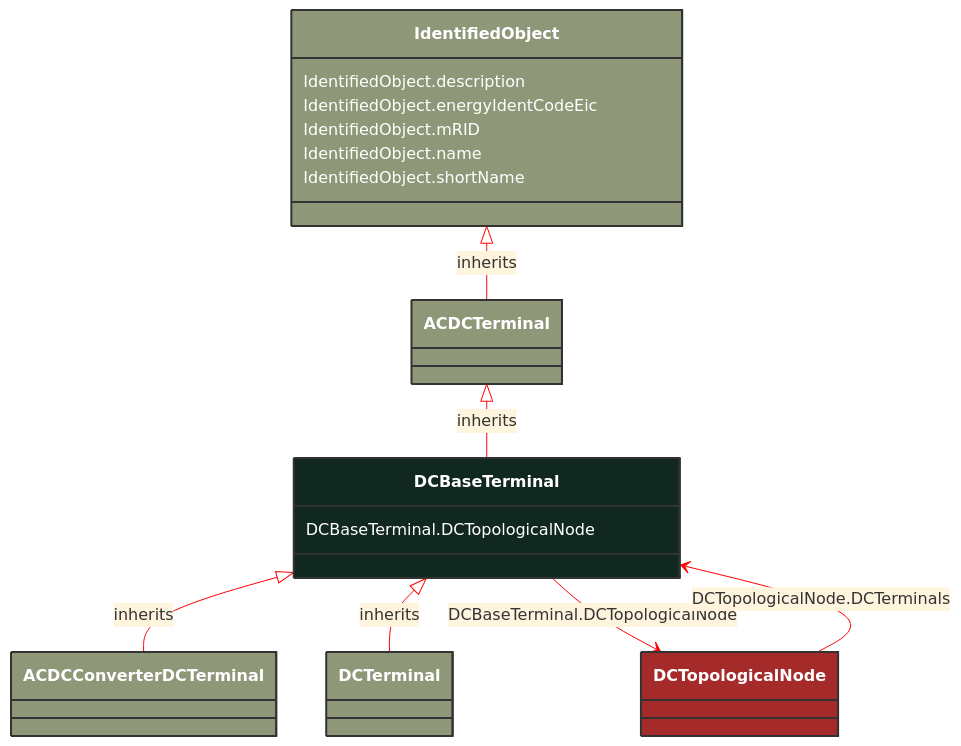
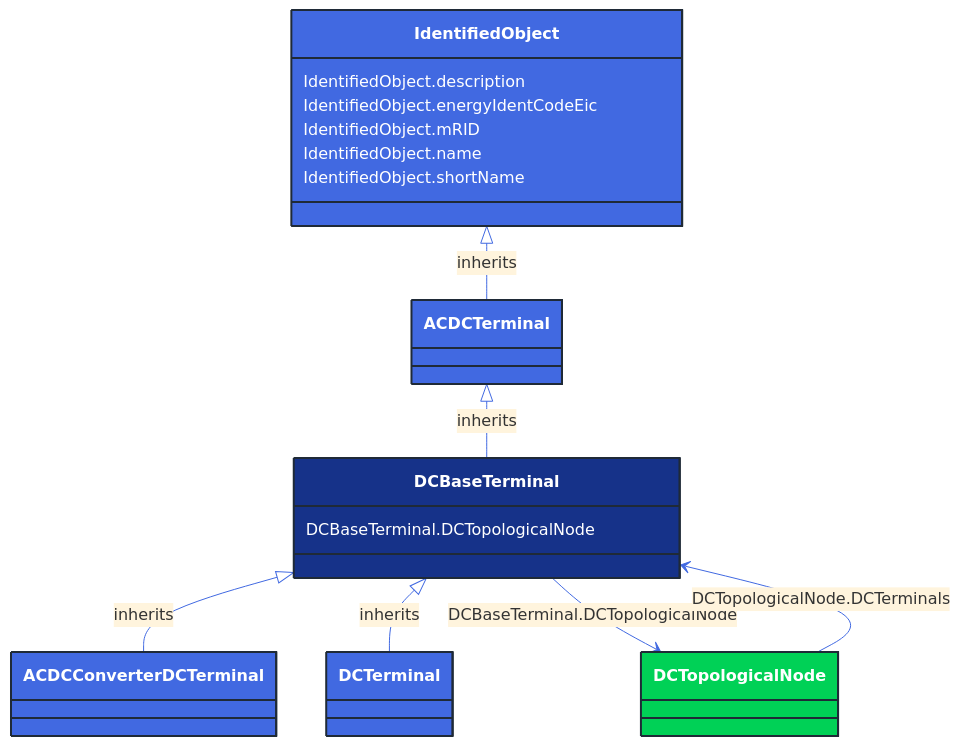
Before and after one commit to 3lbits/NoCIMExtensions: the diagram in docs/Models/Profiles/Topology/AbstractClasses/DCBaseTerminal.md, drawn with Mermaid. The commit also changed 362 other files, not shown here.

First line of the commit message:
Update diagrams and styles for improved visual consistency

````diff
--- a/docs/Models/Profiles/Topology/AbstractClasses/DCBaseTerminal.md
+++ b/docs/Models/Profiles/Topology/AbstractClasses/DCBaseTerminal.md
@@ -10,47 +10,47 @@
 ```mermaid
-%%{init: {'theme':'base','themeVariables': {'lineColor': '#FF0000'}}}%%
+%%{init: {'theme':'base','themeVariables': {'lineColor': '#4169E1'}}}%%
 classDiagram
     class DCBaseTerminal
     click DCBaseTerminal href "/Models/Profiles/Topology/AbstractClasses/DCBaseTerminal/"
-    style DCBaseTerminal fill:#102820,stroke:#333,stroke-width:2px,rx:10,ry:10,color:white
+    style DCBaseTerminal fill:#163289,stroke:#1F2A37,stroke-width:2px,rx:10,ry:10,color:white
 
         DCBaseTerminal <|-- ACDCConverterDCTerminal : inherits
 
         ACDCConverterDCTerminal
             click ACDCConverterDCTerminal href "/Models/Profiles/Topology/ConcreteClasses/ACDCConverterDCTerminal/"
-            style ACDCConverterDCTerminal fill:#8F9779,stroke:#333,stroke-width:2px,rx:10,ry:10,color:white
+            style ACDCConverterDCTerminal fill:#4169E1,stroke:#1F2A37,stroke-width:2px,rx:10,ry:10,color:white
 
         DCBaseTerminal <|-- DCTerminal : inherits
 
         DCTerminal
             click DCTerminal href "/Models/Profiles/Topology/ConcreteClasses/DCTerminal/"
-            style DCTerminal fill:#8F9779,stroke:#333,stroke-width:2px,rx:10,ry:10,color:white
+            style DCTerminal fill:#4169E1,stroke:#1F2A37,stroke-width:2px,rx:10,ry:10,color:white
      
         ACDCTerminal <|-- DCBaseTerminal : inherits
             click ACDCTerminal href "/Models/Profiles/Topology/AbstractClasses/ACDCTerminal/"
-            style ACDCTerminal fill:#8F9779,stroke:#333,stroke-width:2px,rx:10,ry:10,color:white
+            style ACDCTerminal fill:#4169E1,stroke:#1F2A37,stroke-width:2px,rx:10,ry:10,color:white
      
         IdentifiedObject <|-- ACDCTerminal : inherits
             click IdentifiedObject href "/Models/Profiles/Topology/AbstractClasses/IdentifiedObject/"
-            style IdentifiedObject fill:#8F9779,stroke:#333,stroke-width:2px,rx:10,ry:10,color:white
+            style IdentifiedObject fill:#4169E1,stroke:#1F2A37,stroke-width:2px,rx:10,ry:10,color:white
 
         DCBaseTerminal --> DCTopologicalNode : DCBaseTerminal.DCTopologicalNode
 
         DCTopologicalNode
             click DCTopologicalNode href "/Models/Profiles/Topology/ConcreteClasses/DCTopologicalNode/"
-            style DCTopologicalNode fill:#A52A2A,stroke:#333,stroke-width:2px,rx:10,ry:10,color:white
+            style DCTopologicalNode fill:#00D156,stroke:#1F2A37,stroke-width:2px,rx:10,ry:10,color:white
 
         DCTopologicalNode --> DCBaseTerminal : DCTopologicalNode.DCTerminals
 
         DCTopologicalNode
             click DCTopologicalNode href "/Models/Profiles/Topology/ConcreteClasses/DCTopologicalNode/"
-            style DCTopologicalNode fill:#A52A2A,stroke:#333,stroke-width:2px,rx:10,ry:10,color:white
+            style DCTopologicalNode fill:#00D156,stroke:#1F2A37,stroke-width:2px,rx:10,ry:10,color:white
 
 
         DCBaseTerminal : DCBaseTerminal.DCTopologicalNode
         IdentifiedObject : IdentifiedObject.description
         IdentifiedObject : IdentifiedObject.energyIdentCodeEic
         IdentifiedObject : IdentifiedObject.mRID
         IdentifiedObject : IdentifiedObject.name
         IdentifiedObject : IdentifiedObject.shortName
 ```
````
